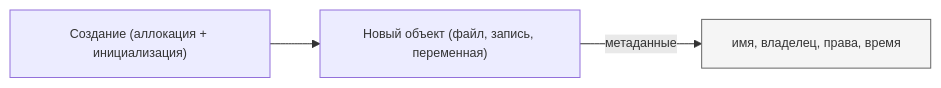
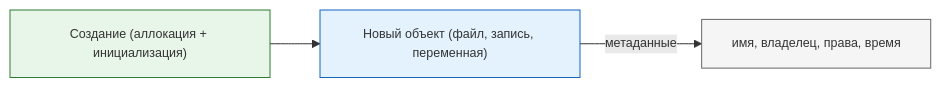
Before and after one commit to Spirzen/it-knowledge-base: the sixth of 7 diagrams in docs/encyclopedia/1-basics/1-10-bazovye-operatsii-s-dannymi/4.md, drawn with Mermaid. The commit also changed other lines of this file and 1180 other files, not shown here.

````diff
--- a/docs/encyclopedia/1-basics/1-10-bazovye-operatsii-s-dannymi/4.md
+++ b/docs/encyclopedia/1-basics/1-10-bazovye-operatsii-s-dannymi/4.md
@@ -164,11 +208,14 @@
 ```mermaid
 %%{init: {"theme":"default", "themeVariables": {"fontSize":"12.5px"}}}%%
 flowchart LR
+    classDef op fill:#e8f5e9,stroke:#2e7d32;
+    classDef dst fill:#e3f2fd,stroke:#1565c0;
+
     O["Создание (аллокация + инициализация)"]:::op
     D["Новый объект (файл, запись, переменная)"]:::dst
 
     O --> D
     D -->|метаданные| Meta["имя, владелец, права, время"]
 
     style Meta fill:#f5f5f5,stroke:#666,shape:rect
 ```
````
